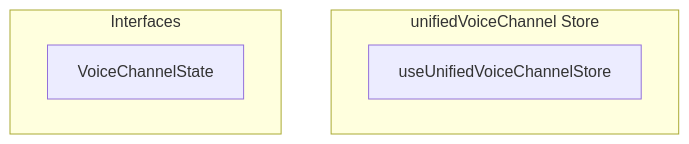
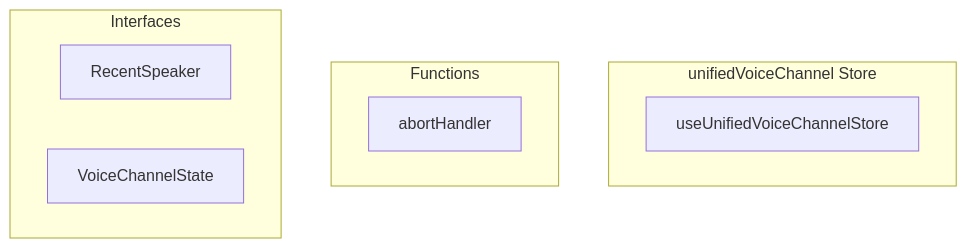
The diagram in docs/api/stores/unifiedvoicechannel.md (y4my4my4m/harmony), drawn with Mermaid before and after one commit. The commit also changed other lines of this file and 211 other files, not shown here.

````diff
--- a/docs/api/stores/unifiedvoicechannel.md
+++ b/docs/api/stores/unifiedvoicechannel.md
@@ -7,10 +7,15 @@
 ```mermaid
 graph TB
     subgraph "unifiedVoiceChannel Store"
         USEUNIFIEDVOICECHANNELSTORE[useUnifiedVoiceChannelStore]
     end
     
+    subgraph "Functions"
+        FN_ABORTHANDLER[abortHandler]
+    end
+    
     subgraph "Interfaces"
+        INT_RECENTSPEAKER[RecentSpeaker]
         INT_VOICECHANNELSTATE[VoiceChannelState]
     end
 ```
````
